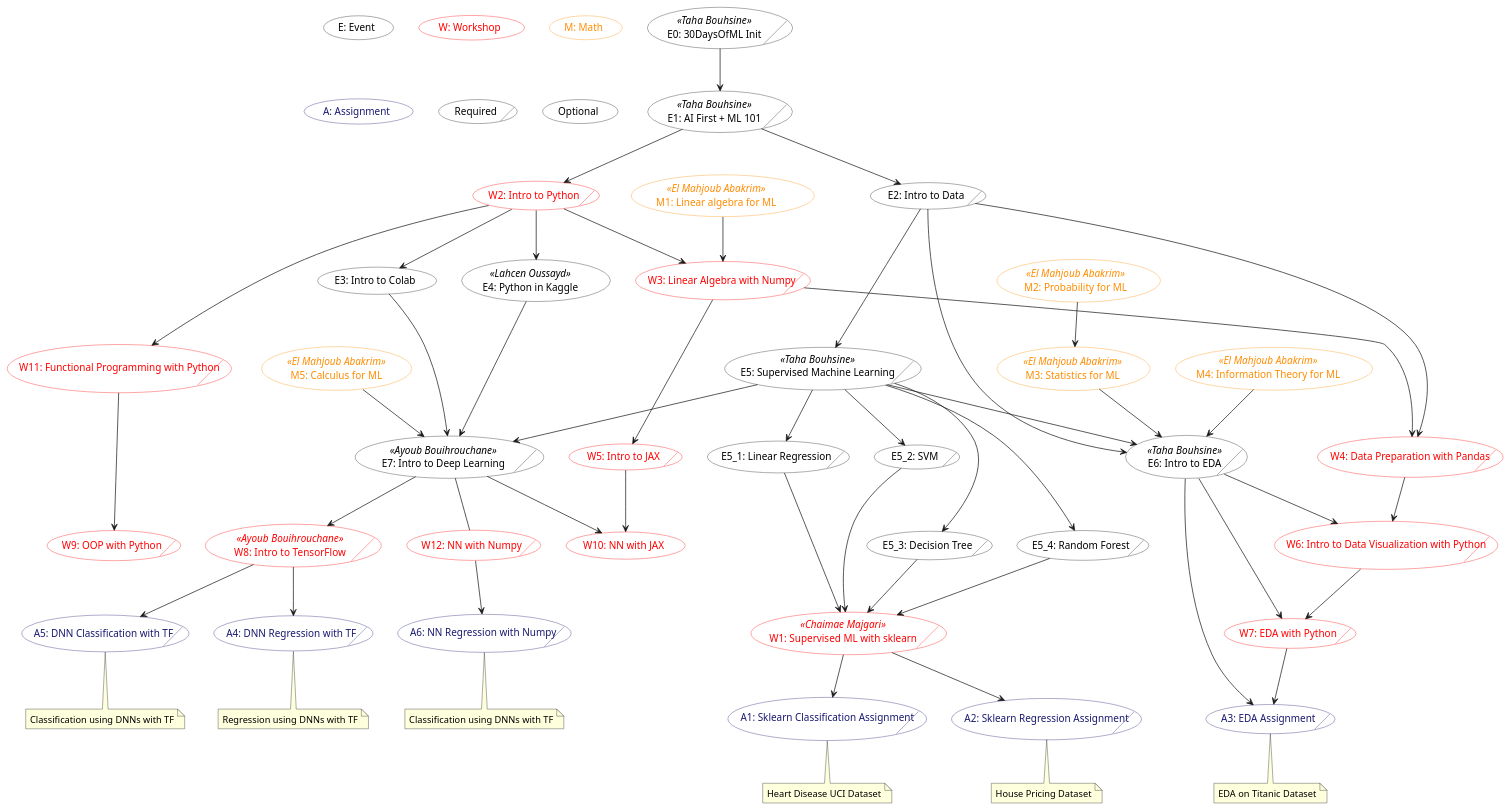
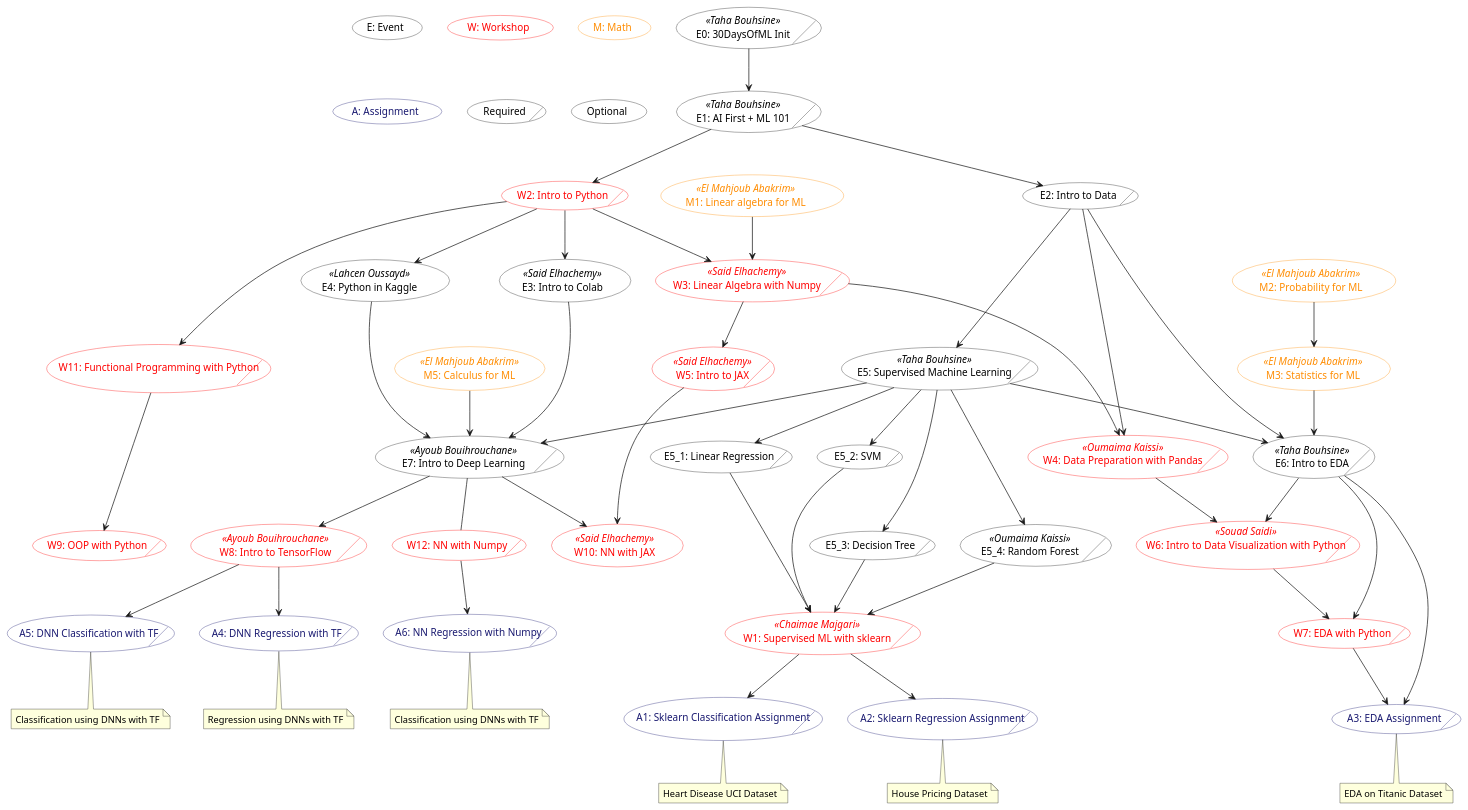
The diagram in mlstart.puml (gdscuiz/30daysofml), drawn with PlantUML before and after one commit.

Commit message:
talks taken by said - oumaima - souad

```diff
--- a/mlstart.puml
+++ b/mlstart.puml
@@ -1,149 +1,147 @@
-@startuml "MLStart"
+@startuml "30 Days of ML Roadmap"
 
 skinparam usecase {
 BackgroundColor transparent
 shadowing false
 }
 
 (E: Event)
 (W: Workshop) #line:red;text:red
 (M: Math) #line:darkorange;text:darkorange
 (A: Assignment) #line:MidnightBlue;text:MidnightBlue
 
 (E0: 30DaysOfML Init)/ as E0 <<Taha Bouhsine>>
 (E1: AI First + ML 101)/ as E1 <<Taha Bouhsine>>
 
 (E2: Intro to Data)/ as E2 
-(E3: Intro to Colab) as E3
+(E3: Intro to Colab) as E3 <<Said Elhachemy>>
 (E4: Python in Kaggle) as E4 << Lahcen Oussayd >>
 (E5: Supervised Machine Learning)/ as E5 <<Taha Bouhsine>>
 (E5_1: Linear Regression)/ as E5_1
 (E5_2: SVM)/ as E5_2
 (E5_3: Decision Tree)/ as E5_3
-(E5_4: Random Forest)/ as E5_4
+(E5_4: Random Forest)/ as E5_4 <<Oumaima Kaissi>>
 (E6: Intro to EDA)/ as E6 <<Taha Bouhsine>>
 (E7: Intro to Deep Learning)/ as E7 << Ayoub Bouihrouchane >>
 
 
 
 
 (W1: Supervised ML with sklearn)/ as W1 << Chaimae Majgari>> #line:red;text:red 
 (W2: Intro to Python)/ as W2 #line:red;text:red
-(W3: Linear Algebra with Numpy)/ as W3 #line:red;text:red
-(W4: Data Preparation with Pandas)/ as W4 #line:red;text:red
-(W5: Intro to JAX)/ as W5 #line:red;text:red
-(W6: Intro to Data Visualization with Python)/ as W6 #line:red;text:red
+(W3: Linear Algebra with Numpy)/ as W3 <<Said Elhachemy>> #line:red;text:red
+(W4: Data Preparation with Pandas)/ as W4 <<Oumaima Kaissi>> #line:red;text:red
+(W5: Intro to JAX)/ as W5 <<Said Elhachemy>> #line:red;text:red
+(W6: Intro to Data Visualization with Python)/ as W6 << Souad Saidi>> #line:red;text:red
 (W7: EDA with Python)/ as W7 #line:red;text:red
 (W8: Intro to TensorFlow)/ as W8 << Ayoub Bouihrouchane >> #line:red;text:red 
 (W9: OOP with Python)/ as W9 #line:red;text:red
-(W10: NN with JAX) as W10 #line:red;text:red
+(W10: NN with JAX) as W10 <<Said Elhachemy>> #line:red;text:red
 (W11: Functional Programming with Python)/ as W11 #line:red;text:red
 (W12: NN with Numpy)/ as W12 #line:red;text:red
 
 (M1: Linear algebra for ML) as M1 << El Mahjoub Abakrim >> #line:darkorange;text:darkorange
 (M2: Probability for ML) as M2 << El Mahjoub Abakrim >> #line:darkorange;text:darkorange
 (M3: Statistics for ML) as M3 << El Mahjoub Abakrim >> #line:darkorange;text:darkorange
 (M5: Calculus for ML) as M5 << El Mahjoub Abakrim >> #line:darkorange;text:darkorange 
-(M4: Information Theory for ML) as M4 << El Mahjoub Abakrim >> #line:darkorange;text:darkorange
 
 (A1: Sklearn Classification Assignment)/ as A1 #line:MidnightBlue;text:MidnightBlue
 note bottom [[http://GDSCUIZ.github.io]]
 Heart Disease UCI Dataset
 end note
 
 (A2: Sklearn Regression Assignment)/ as A2 #line:MidnightBlue;text:MidnightBlue
 note bottom [[http://GDSCUIZ.github.io]]
 House Pricing Dataset
 end note
 
 (A3: EDA Assignment)/ as A3 #line:MidnightBlue;text:MidnightBlue
 note bottom [[http://GDSCUIZ.github.io]]
 EDA on Titanic Dataset
 end note
 
 (A4: DNN Regression with TF)/ as A4 #line:MidnightBlue;text:MidnightBlue
 note bottom [[http://GDSCUIZ.github.io]]
 Regression using DNNs with TF
 end note
 
 (A5: DNN Classification with TF)/ as A5 #line:MidnightBlue;text:MidnightBlue
 note bottom [[http://GDSCUIZ.github.io]]
 Classification using DNNs with TF
 end note
 
 (A6: NN Regression with Numpy)/ as A6 #line:MidnightBlue;text:MidnightBlue
 note bottom [[http://GDSCUIZ.github.io]]
 Classification using DNNs with TF
 end note
 
 M1 --> W3
 
 M2 --> M3
 
 M3 --> E6
-M4 --> E6
 
 M5 --> E7
 
 E0 --> E1
 
 E1 --> W2
 E1 --> E2
 
 E2 ---> E5
 E2 --> W4
 E2 ---> E6
 
 E3 --> E7
 
 E4 --> E7
 
 E5 --> E7
 E5 --> E6
 E5 --> E5_1
 E5 --> E5_2
 E5 ---> E5_3
 E5 ---> E5_4
 E5_1 --> W1
 E5_2 --> W1
 E5_3 --> W1
 E5_4 --> W1
 
 
 E6 --> A3
 E6 --> W7
 E6 --> W6
 
 E7 --> W8
 E7 --> W10
 E7 -- W12
 
 W1 --> A1
 W1 --> A2
 
 W2 --> E4
 W2 --> E3
 W2 --> W3
 W2 ---> W11
 
 W3 ---> W4
 W3 --> W5
 
 W4 --> W6
 
 W5 --> W10
 
 W6 --> W7
 
 W7 --> A3
 
 W8 --> A4
 W8 --> A5
 
 W11 ---> W9
 
 W12 --> A6
 
 (Required)/
 (Optional)
 @enduml
```
